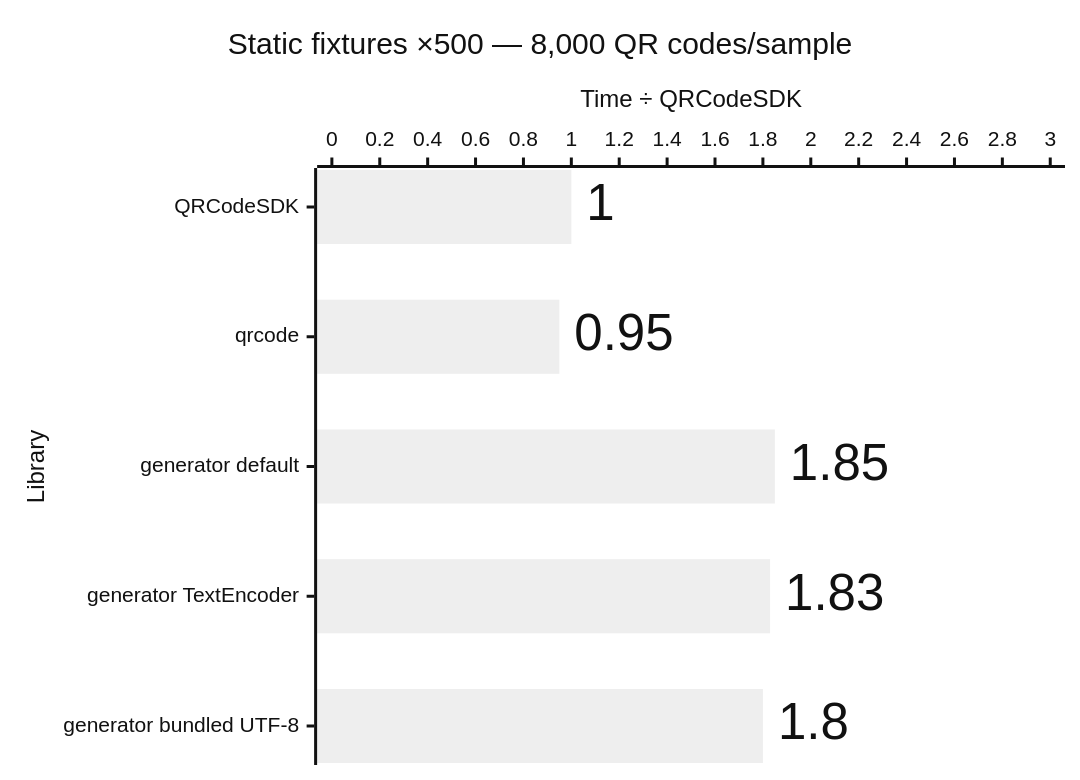
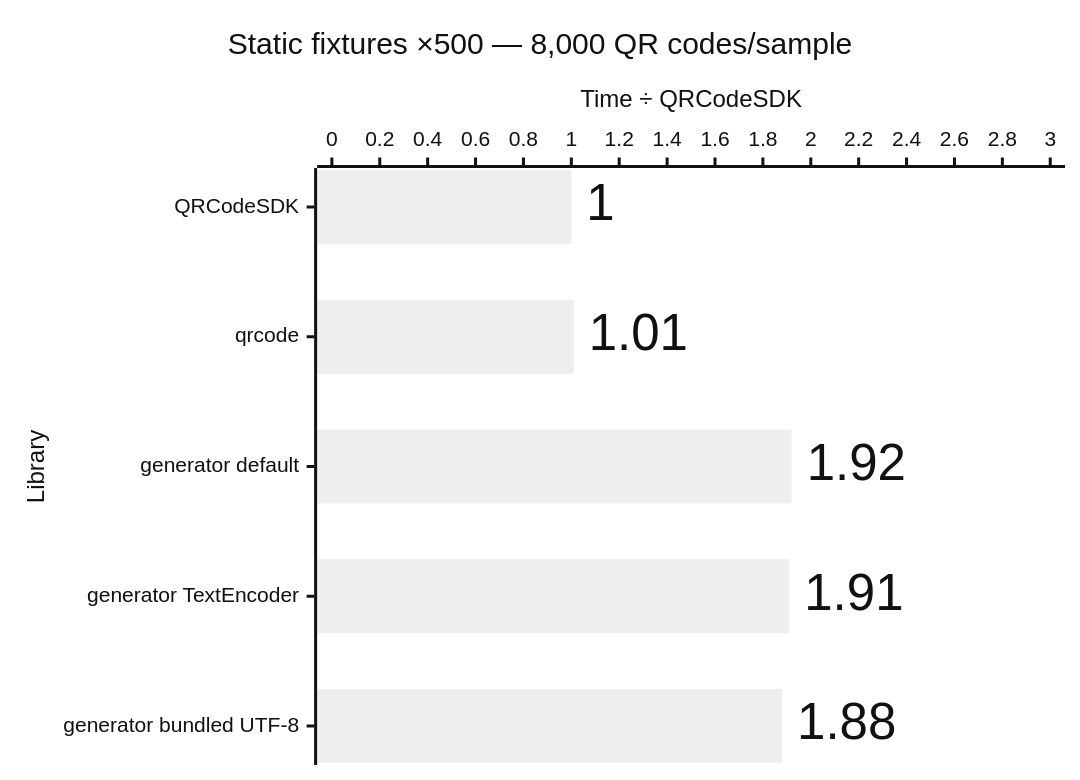
Before and after one commit to Dafnik/qrcodesdk: diagram 11 of 12 in apps/docs/src/content/docs/advanced/performance.md, drawn with Mermaid (neutral theme). The commit also changed other lines of this file and 5 other files, not shown here.

````diff
--- a/apps/docs/src/content/docs/advanced/performance.md
+++ b/apps/docs/src/content/docs/advanced/performance.md
@@ -225,15 +225,15 @@
 ```mermaid
 ---
 config:
   xyChart:
     showDataLabel: true
     showDataLabelOutsideBar: true
 ---
 xychart horizontal
   accTitle: SVG generation: Static fixtures ×500 — 8,000 QR codes/sample
-  accDescr: Relative median time compared with QRCodeSDK. QRCodeSDK 1.00 times, qrcode 0.95 times, generator default 1.85 times, generator TextEncoder 1.83 times, generator bundled UTF-8 1.80 times. Lower is better.
+  accDescr: Relative median time compared with QRCodeSDK. QRCodeSDK 1.00 times, qrcode 1.01 times, generator default 1.92 times, generator TextEncoder 1.91 times, generator bundled UTF-8 1.88 times. Lower is better.
   title "Static fixtures ×500 — 8,000 QR codes/sample"
   x-axis "Library" ["QRCodeSDK", "qrcode", "generator default", "generator TextEncoder", "generator bundled UTF-8"]
   y-axis "Time ÷ QRCodeSDK" 0 --> 3.0
-  bar [1.00, 0.95, 1.85, 1.83, 1.80]
+  bar [1.00, 1.01, 1.92, 1.91, 1.88]
 ```
````
